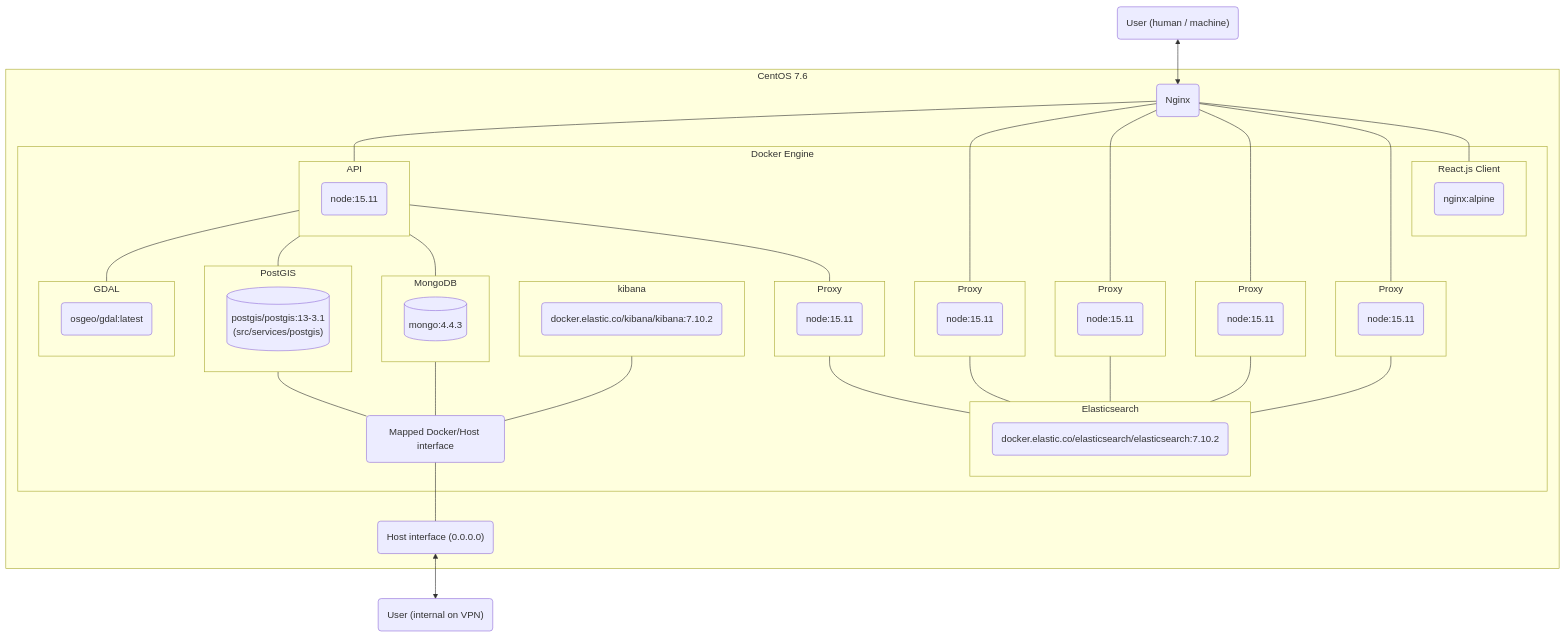
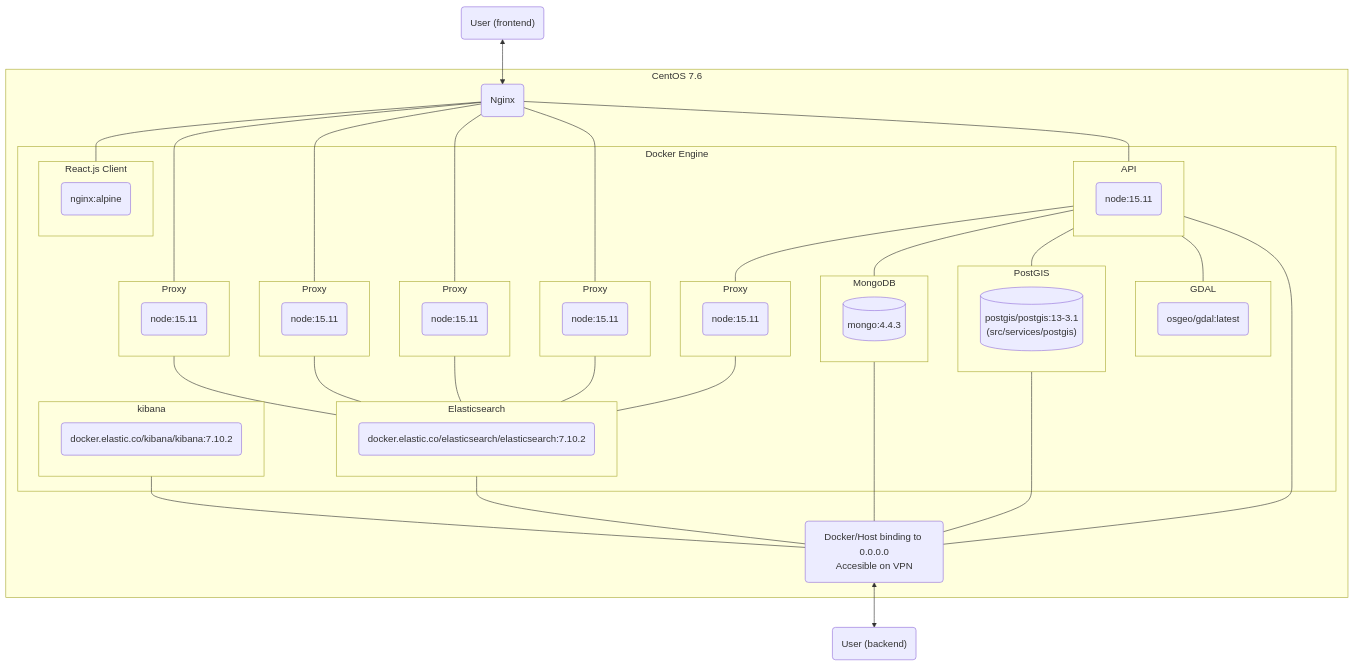
The diagram in diagrams/src/deployment-view.mmd (SAEON/data-portal), drawn with Mermaid before and after one commit.

Commit message:
Updated deployment view

```diff
--- a/diagrams/src/deployment-view.mmd
+++ b/diagrams/src/deployment-view.mmd
@@ -1,77 +1,78 @@
-flowchart
+flowchart TD
 
-    User("User (human / machine)") <--> nginx
+    User("User (frontend)") <--> nginx
 
     %% CentOS boundary
     subgraph CentOS_boundary ["CentOS 7.6"]
 
         nginx(Nginx)
         nginx --- client_container
         nginx --- proxy_container_2
         nginx --- proxy_container_3
         nginx --- proxy_container_4
         nginx --- proxy_container_5
         proxy_container_2 --- es_container
         proxy_container_3 --- es_container
         proxy_container_4 --- es_container
         proxy_container_5 --- es_container
         nginx --- api_container
 
         %% Docker Engine boundary
         subgraph Docker_boundary ["Docker Engine"]
 
             %% Docker container boundaries
             subgraph client_container [React.js Client]
                 client("nginx:alpine")
             end
             subgraph api_container [API]
                 api("node:15.11")
             end
             subgraph proxy_container_1 [Proxy]
                 ClientProxy1("node:15.11")
             end     
             subgraph proxy_container_2 [Proxy]
                 ClientProxy2("node:15.11")
             end     
             subgraph proxy_container_3 [Proxy]
                 ClientProxy3("node:15.11")
             end    
             subgraph proxy_container_4 [Proxy]
                 ClientProxy4("node:15.11")
             end
             subgraph proxy_container_5 [Proxy]
                 ApiProxy("node:15.11")
             end
             subgraph es_container ["Elasticsearch"]
                 Elasticsearch(docker.elastic.co/elasticsearch/elasticsearch:7.10.2)
             end
             subgraph kibana_container[kibana]
                 Kibana("docker.elastic.co/kibana/kibana:7.10.2")
             end
             subgraph mongo_container [MongoDB]
                 Mongo[("mongo:4.4.3")]
             end    
             subgraph postgis_container [PostGIS]
                 PostGIS[("postgis/postgis:13-3.1<br />(src/services/postgis)")]
             end
             subgraph gdal_container [GDAL]
                 GDAL("osgeo/gdal:latest")
             end
 
             %% Topology
             api_container --- proxy_container_1
             proxy_container_1 --- es_container
             api_container --- mongo_container
             api_container --- postgis_container
             api_container --- gdal_container
+
+        end
             
-            Host("Mapped Docker/Host interface")
-            mongo_container --- Host
-            postgis_container --- Host
-            kibana_container --- Host
-        end
-
-        Host --- Host_interface("Host interface (0.0.0.0)")
+        docker_interface("Docker/Host binding to 0.0.0.0<br />Accesible on VPN")
+        api_container --- docker_interface
+        mongo_container ---- docker_interface
+        postgis_container ---- docker_interface
+        es_container --- docker_interface
+        kibana_container --- docker_interface
     end
 
-    Host_interface <--> User2("User (internal on VPN)")
+    docker_interface <--> User2("User (backend)")
```
